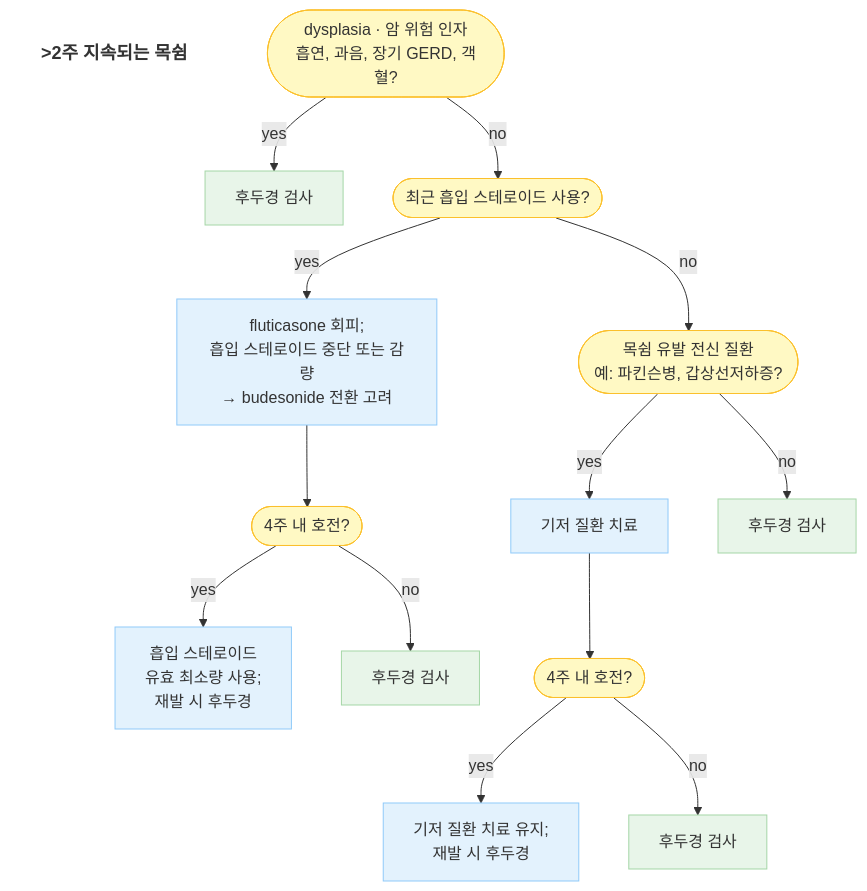
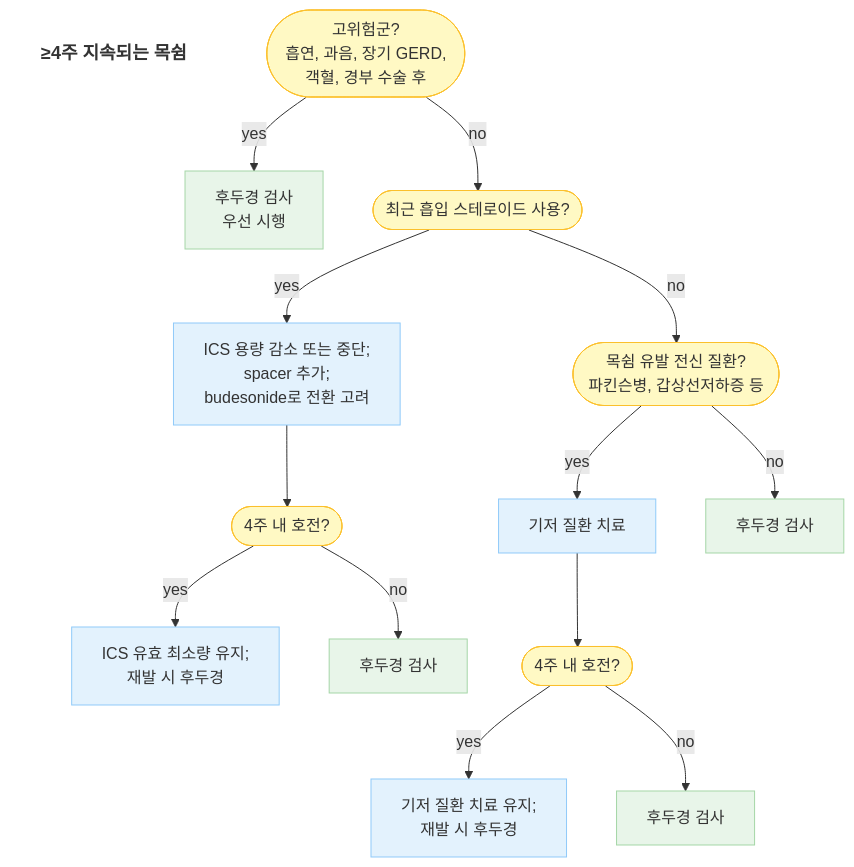
The second of 2 diagrams in 222_/058_-hoarseness.md (familyoh77/familyoh77), drawn with Mermaid before and after one commit. The commit also changed other lines of this file, not shown here.

````diff
--- a/222_/058_-hoarseness.md
+++ b/222_/058_-hoarseness.md
@@ -120,32 +147,32 @@
 ```mermaid
 graph TD
-    Title[<b>>2주 지속되는 목쉼</b>]
+    Title[<b>≥4주 지속되는 목쉼</b>]
     style Title fill:none,stroke:none,font-size:18px
 
-    Start([dysplasia · 암 위험 인자<br/>흡연, 과음, 장기 GERD, 객혈?])
+    Start([고위험군?<br/>흡연, 과음, 장기 GERD,<br/>객혈, 경부 수술 후])
 
-    Start -- yes --> L1[후두경 검사]
+    Start -- yes --> L1[후두경 검사<br/>우선 시행]
     Start -- no --> Q2([최근 흡입 스테로이드 사용?])
 
-    Q2 -- yes --> A[fluticasone 회피;<br/>흡입 스테로이드 중단 또는 감량<br/>→ budesonide 전환 고려]
-    Q2 -- no --> B([목쉼 유발 전신 질환<br/>예: 파킨슨병, 갑상선저하증?])
+    Q2 -- yes --> A[ICS 용량 감소 또는 중단;<br/>spacer 추가;<br/>budesonide로 전환 고려]
+    Q2 -- no --> B([목쉼 유발 전신 질환?<br/>파킨슨병, 갑상선저하증 등])
 
     A --> A1([4주 내 호전?])
-    A1 -- yes --> A2[흡입 스테로이드<br/>유효 최소량 사용;<br/>재발 시 후두경]
+    A1 -- yes --> A2[ICS 유효 최소량 유지;<br/>재발 시 후두경]
     A1 -- no --> L2[후두경 검사]
 
     B -- yes --> C[기저 질환 치료]
     B -- no --> L3[후두경 검사]
 
     C --> C1([4주 내 호전?])
     C1 -- yes --> C2[기저 질환 치료 유지;<br/>재발 시 후두경]
     C1 -- no --> L4[후두경 검사]
 
     classDef yellow fill:#FFF9C4,stroke:#FBC02D;
     classDef blue fill:#E3F2FD,stroke:#90CAF9;
     classDef green fill:#E8F5E9,stroke:#A5D6A7;
 
     class Start,Q2,B,A1,C1 yellow;
     class A,A2,C,C2 blue;
     class L1,L2,L3,L4 green;
 ```
````
